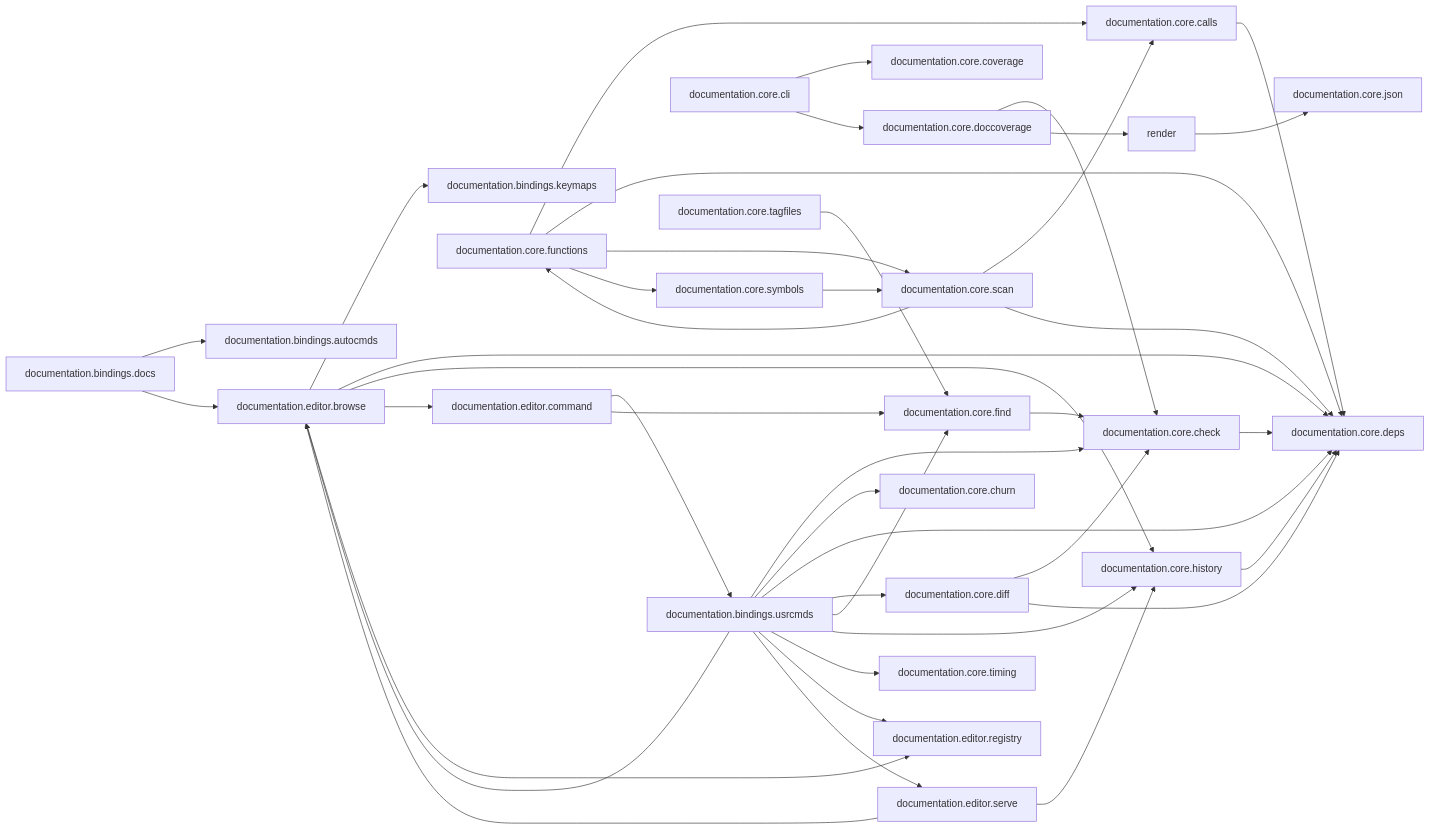
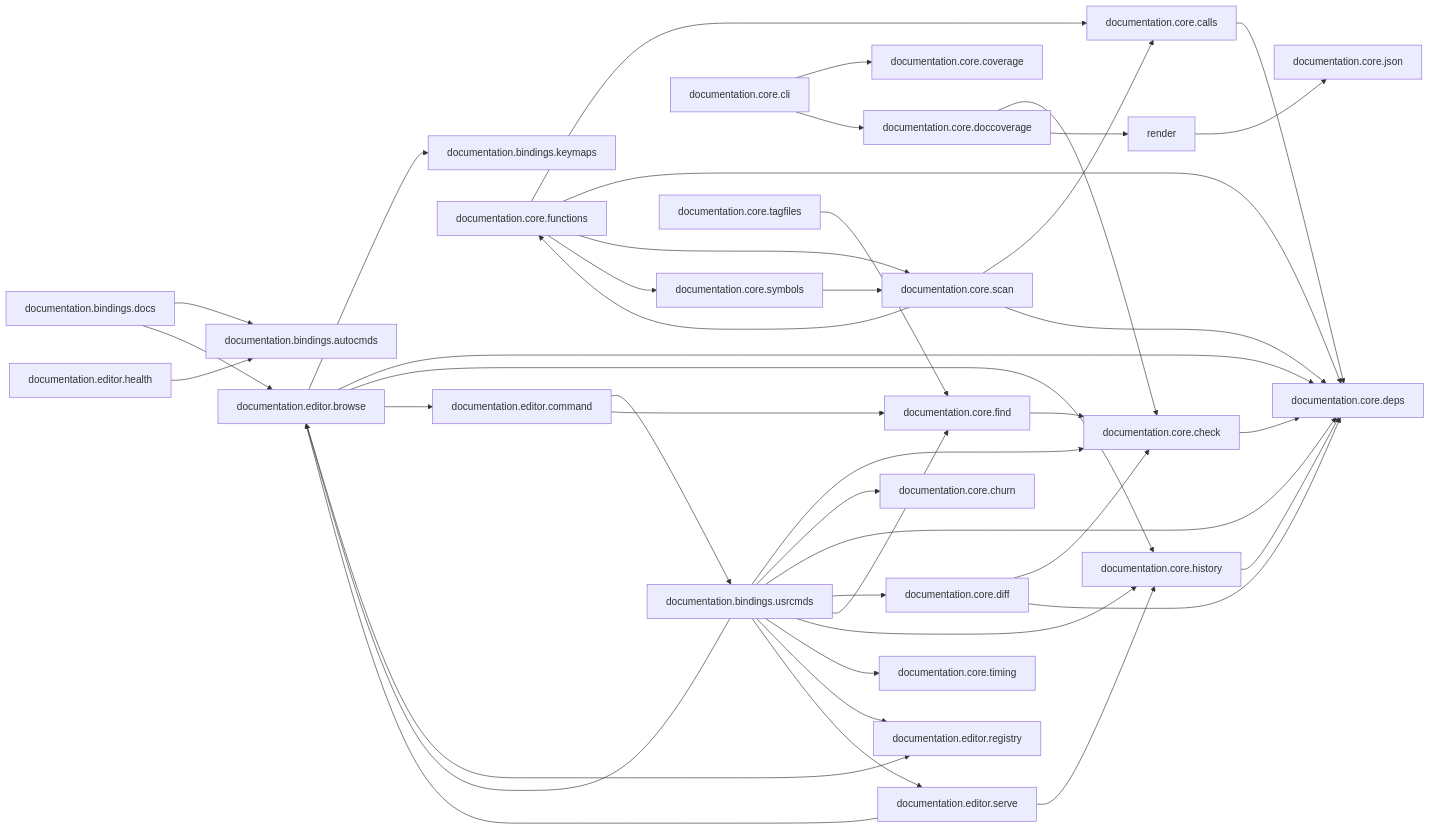
One commit to StefanBartl/documentation.nvim changed the second of 2 diagrams in docs/map/overview.md. Above: the diagram before and after it, drawn with Mermaid. The commit also changed 2 other files, not shown here.

Commit message:
docs(map): regenerate after the deps fix and the checklist work
The require graph gained the optional dependencies `pcall(require, "m")` was
hiding, and the tree gained `bindings/`, `config/` and `core/@types/`. Nothing
here is hand-edited: `--check` compares byte for byte, so the artifact and the
source have to land in the same commit or the next commit is the one that
fails.

Three `info` findings remain, all true and all by design:
`bindings.docs` is required by `scripts/gen_map.lua`, which sits outside
`source`; `core.config` is the deprecated alias nothing internal should reach
for any more; `editor.health` is loaded by `:checkhealth`, not by the tree.
Each is exactly the shape of case `unreferenced-module` is kept at `info` for.

````diff
--- a/docs/map/overview.md
+++ b/docs/map/overview.md
@@ -40,69 +40,71 @@
 ```mermaid
 flowchart LR
   nlua_documentation_bindings_autocmds_lua["documentation.bindings.autocmds"]
   nlua_documentation_bindings_docs_lua["documentation.bindings.docs"]
   nlua_documentation_bindings_keymaps_lua["documentation.bindings.keymaps"]
   nlua_documentation_bindings_usrcmds["documentation.bindings.usrcmds"]
   nlua_documentation_core_calls_lua["documentation.core.calls"]
   nlua_documentation_core_check_lua["documentation.core.check"]
   nlua_documentation_core_churn_lua["documentation.core.churn"]
   nlua_documentation_core_cli_lua["documentation.core.cli"]
   nlua_documentation_core_coverage_lua["documentation.core.coverage"]
   nlua_documentation_core_deps_lua["documentation.core.deps"]
   nlua_documentation_core_diff_lua["documentation.core.diff"]
   nlua_documentation_core_doccoverage_lua["documentation.core.doccoverage"]
   nlua_documentation_core_find_lua["documentation.core.find"]
   nlua_documentation_core_functions_lua["documentation.core.functions"]
   nlua_documentation_core_history_lua["documentation.core.history"]
   nlua_documentation_core_json_lua["documentation.core.json"]
   nlua_documentation_core_render["render"]
   nlua_documentation_core_scan_lua["documentation.core.scan"]
   nlua_documentation_core_symbols_lua["documentation.core.symbols"]
   nlua_documentation_core_tagfiles_lua["documentation.core.tagfiles"]
   nlua_documentation_core_timing_lua["documentation.core.timing"]
   nlua_documentation_editor_browse["documentation.editor.browse"]
   nlua_documentation_editor_command_lua["documentation.editor.command"]
+  nlua_documentation_editor_health_lua["documentation.editor.health"]
   nlua_documentation_editor_registry_lua["documentation.editor.registry"]
   nlua_documentation_editor_serve_lua["documentation.editor.serve"]
   nlua_documentation_bindings_docs_lua --> nlua_documentation_bindings_autocmds_lua
   nlua_documentation_bindings_docs_lua --> nlua_documentation_editor_browse
   nlua_documentation_bindings_usrcmds --> nlua_documentation_core_check_lua
   nlua_documentation_bindings_usrcmds --> nlua_documentation_core_churn_lua
   nlua_documentation_bindings_usrcmds --> nlua_documentation_core_deps_lua
   nlua_documentation_bindings_usrcmds --> nlua_documentation_core_diff_lua
   nlua_documentation_bindings_usrcmds --> nlua_documentation_core_find_lua
   nlua_documentation_bindings_usrcmds --> nlua_documentation_core_history_lua
   nlua_documentation_bindings_usrcmds --> nlua_documentation_core_timing_lua
   nlua_documentation_bindings_usrcmds --> nlua_documentation_editor_browse
   nlua_documentation_bindings_usrcmds --> nlua_documentation_editor_registry_lua
   nlua_documentation_bindings_usrcmds --> nlua_documentation_editor_serve_lua
   nlua_documentation_core_calls_lua --> nlua_documentation_core_deps_lua
   nlua_documentation_core_check_lua --> nlua_documentation_core_deps_lua
   nlua_documentation_core_cli_lua --> nlua_documentation_core_coverage_lua
   nlua_documentation_core_cli_lua --> nlua_documentation_core_doccoverage_lua
   nlua_documentation_core_diff_lua --> nlua_documentation_core_check_lua
   nlua_documentation_core_diff_lua --> nlua_documentation_core_deps_lua
   nlua_documentation_core_doccoverage_lua --> nlua_documentation_core_check_lua
   nlua_documentation_core_doccoverage_lua --> nlua_documentation_core_render
   nlua_documentation_core_find_lua --> nlua_documentation_core_check_lua
   nlua_documentation_core_functions_lua --> nlua_documentation_core_calls_lua
   nlua_documentation_core_functions_lua --> nlua_documentation_core_deps_lua
   nlua_documentation_core_functions_lua --> nlua_documentation_core_scan_lua
   nlua_documentation_core_functions_lua --> nlua_documentation_core_symbols_lua
   nlua_documentation_core_history_lua --> nlua_documentation_core_deps_lua
   nlua_documentation_core_render --> nlua_documentation_core_json_lua
   nlua_documentation_core_scan_lua --> nlua_documentation_core_calls_lua
   nlua_documentation_core_scan_lua --> nlua_documentation_core_deps_lua
   nlua_documentation_core_scan_lua --> nlua_documentation_core_functions_lua
   nlua_documentation_core_symbols_lua --> nlua_documentation_core_scan_lua
   nlua_documentation_core_tagfiles_lua --> nlua_documentation_core_find_lua
   nlua_documentation_editor_browse --> nlua_documentation_bindings_keymaps_lua
   nlua_documentation_editor_browse --> nlua_documentation_core_deps_lua
   nlua_documentation_editor_browse --> nlua_documentation_core_history_lua
   nlua_documentation_editor_browse --> nlua_documentation_editor_command_lua
   nlua_documentation_editor_browse --> nlua_documentation_editor_registry_lua
   nlua_documentation_editor_command_lua --> nlua_documentation_bindings_usrcmds
   nlua_documentation_editor_command_lua --> nlua_documentation_core_find_lua
+  nlua_documentation_editor_health_lua --> nlua_documentation_bindings_autocmds_lua
   nlua_documentation_editor_serve_lua --> nlua_documentation_core_history_lua
   nlua_documentation_editor_serve_lua --> nlua_documentation_editor_browse
 ```
````
